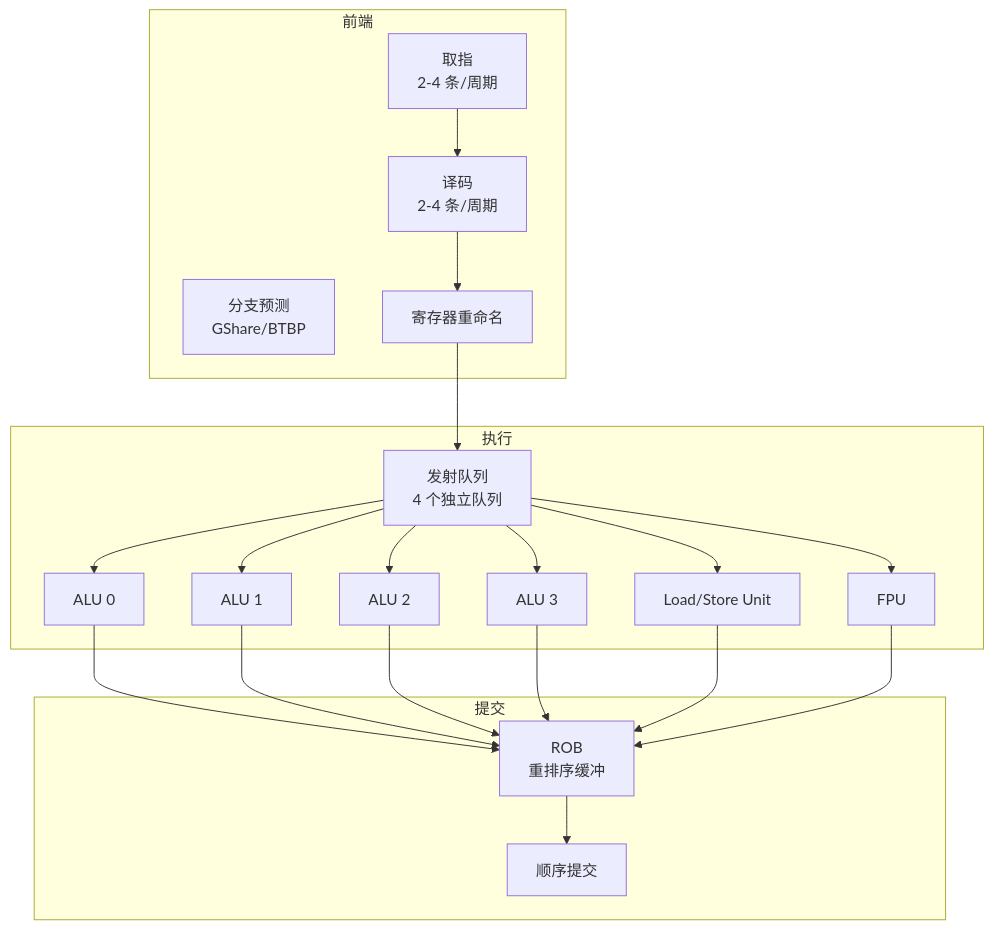
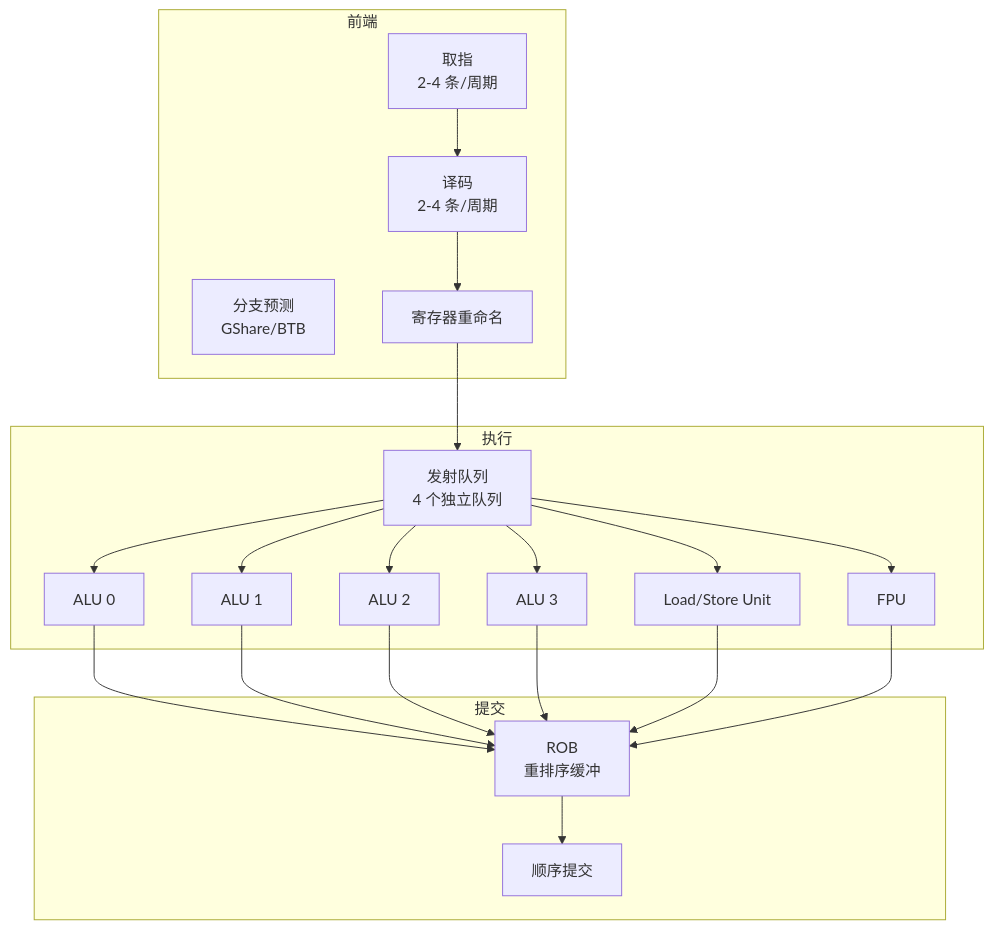
The third of 4 diagrams in riscv/04-microarchitecture/opensource-cores.md (swjtuer326/cs-learning-notes), drawn with Mermaid before and after one commit. The commit also changed other lines of this file and 19 other files, not shown here.

First line of the commit message:
fix(riscv): 修复文档事实错误、概念不准确和 mermaid 渲染失败问题

````diff
--- a/riscv/04-microarchitecture/opensource-cores.md
+++ b/riscv/04-microarchitecture/opensource-cores.md
@@ -107,33 +107,33 @@
 ```mermaid
 graph TB
-    subgraph 前端
+    subgraph frontend ["前端"]
         FETCH["取指<br/>2-4 条/周期"]
-        BP["分支预测<br/>GShare/BTBP"]
+        BP["分支预测<br/>GShare/BTB"]
         DECODE["译码<br/>2-4 条/周期"]
         RENAME["寄存器重命名"]
     end
 
-    subgraph 执行
+    subgraph exec ["执行"]
         IQ["发射队列<br/>4 个独立队列"]
         ALU1["ALU 0"]
         ALU2["ALU 1"]
         ALU3["ALU 2"]
         ALU4["ALU 3"]
         LSU["Load/Store Unit"]
         FPU["FPU"]
     end
 
-    subgraph 提交
+    subgraph commit ["提交"]
         ROB["ROB<br/>重排序缓冲"]
         COMMIT["顺序提交"]
     end
 
     FETCH --> DECODE --> RENAME --> IQ
     IQ --> ALU1
     IQ --> ALU2
     IQ --> ALU3
     IQ --> ALU4
     IQ --> LSU
     IQ --> FPU
     ALU1 & ALU2 & ALU3 & ALU4 & LSU & FPU --> ROB --> COMMIT
 ```
````
